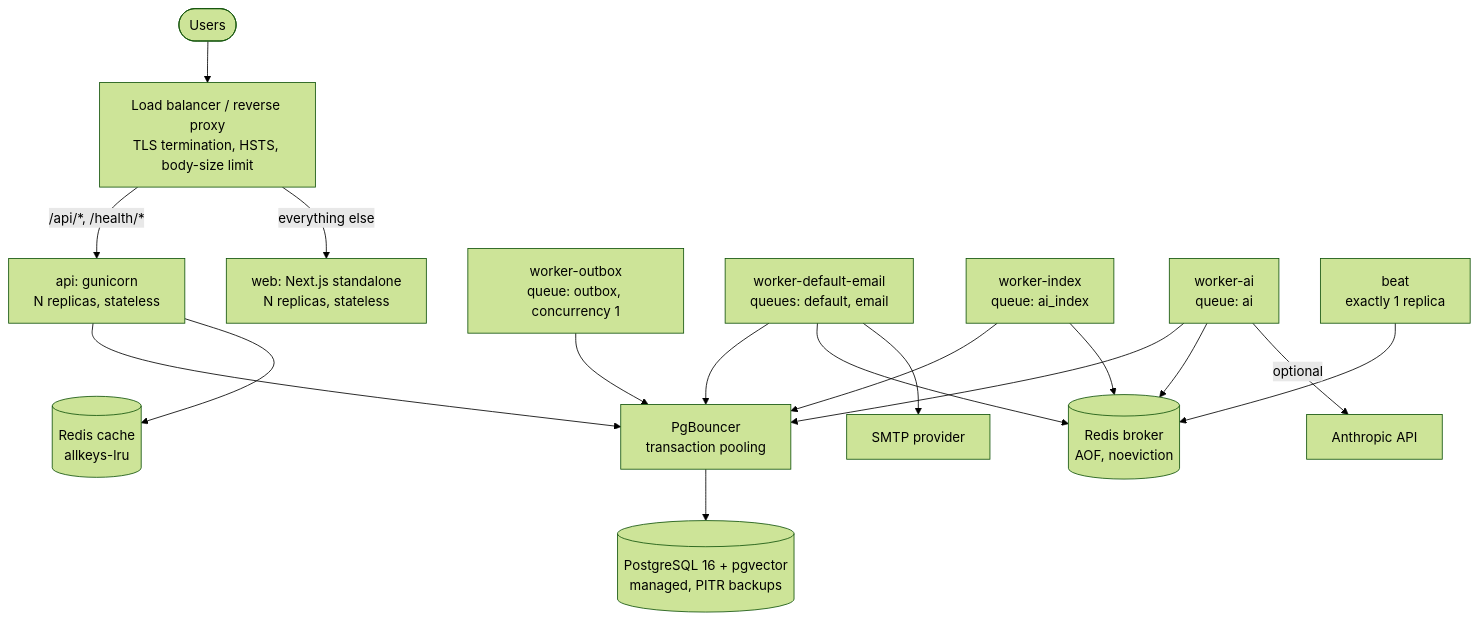
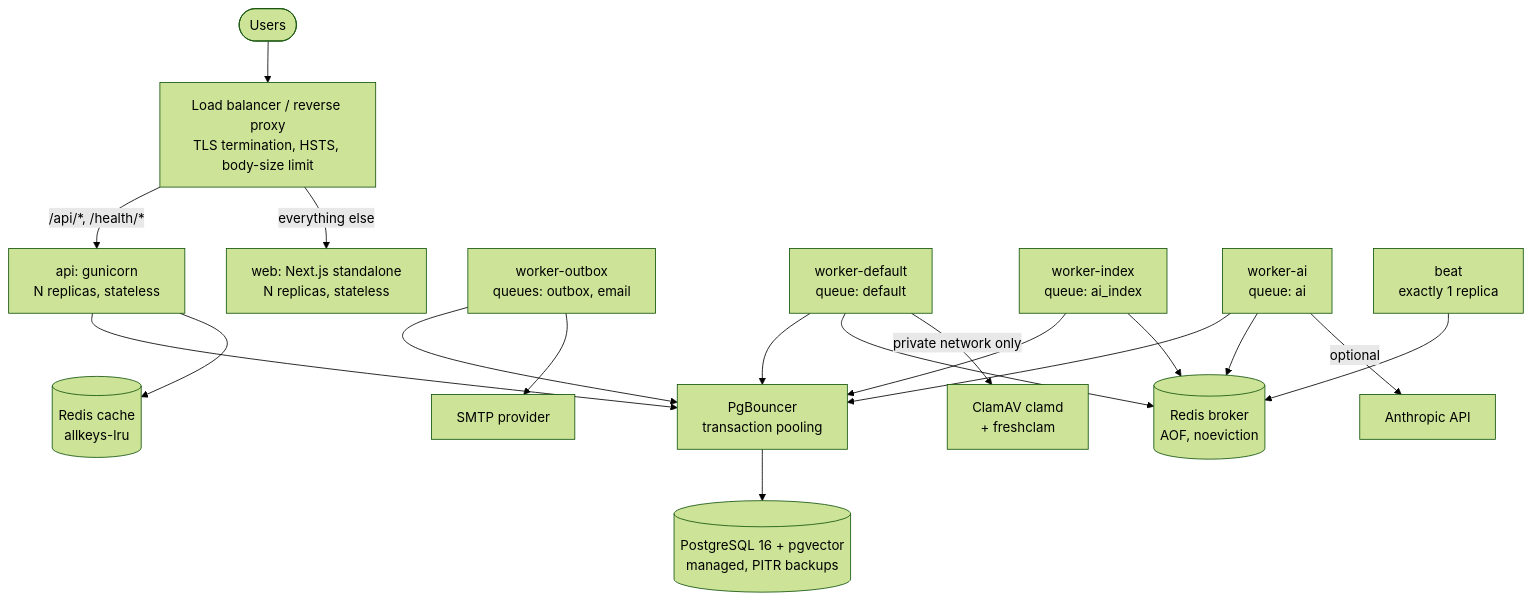
One commit to Aman03305/Arkray-CRM changed the diagram in docs/deployment.md. Above: the diagram before and after it, drawn with Mermaid (forest theme). The commit also changed other lines of this file and 141 other files, not shown here.

````diff
--- a/docs/deployment.md
+++ b/docs/deployment.md
@@ -14,17 +14,18 @@
 ```mermaid
 flowchart TB
     U([Users]) --> LB[Load balancer / reverse proxy<br/>TLS termination, HSTS, body-size limit]
     LB -->|/api/*, /health/*| API[api: gunicorn<br/>N replicas, stateless]
     LB -->|everything else| WEB[web: Next.js standalone<br/>N replicas, stateless]
     API --> PGB[PgBouncer<br/>transaction pooling]
-    WK0[worker-outbox<br/>queue: outbox, concurrency 1] --> PGB
-    WK1[worker-default-email<br/>queues: default, email] --> PGB
+    WK0[worker-outbox<br/>queues: outbox, email] --> PGB
+    WK1[worker-default<br/>queue: default] --> PGB
     WK3[worker-index<br/>queue: ai_index] --> PGB
     WK2[worker-ai<br/>queue: ai] --> PGB
     BEAT[beat<br/>exactly 1 replica] --> BR
     PGB --> PG[(PostgreSQL 16 + pgvector<br/>managed, PITR backups)]
     API --> RC[(Redis cache<br/>allkeys-lru)]
     WK1 & WK2 & WK3 --> BR[(Redis broker<br/>AOF, noeviction)]
-    WK1 --> SMTP[SMTP provider]
+    WK0 --> SMTP[SMTP provider]
+    WK1 -->|private network only| AV[ClamAV clamd<br/>+ freshclam]
     WK2 -->|optional| AIP[Anthropic API]
 ```
````
